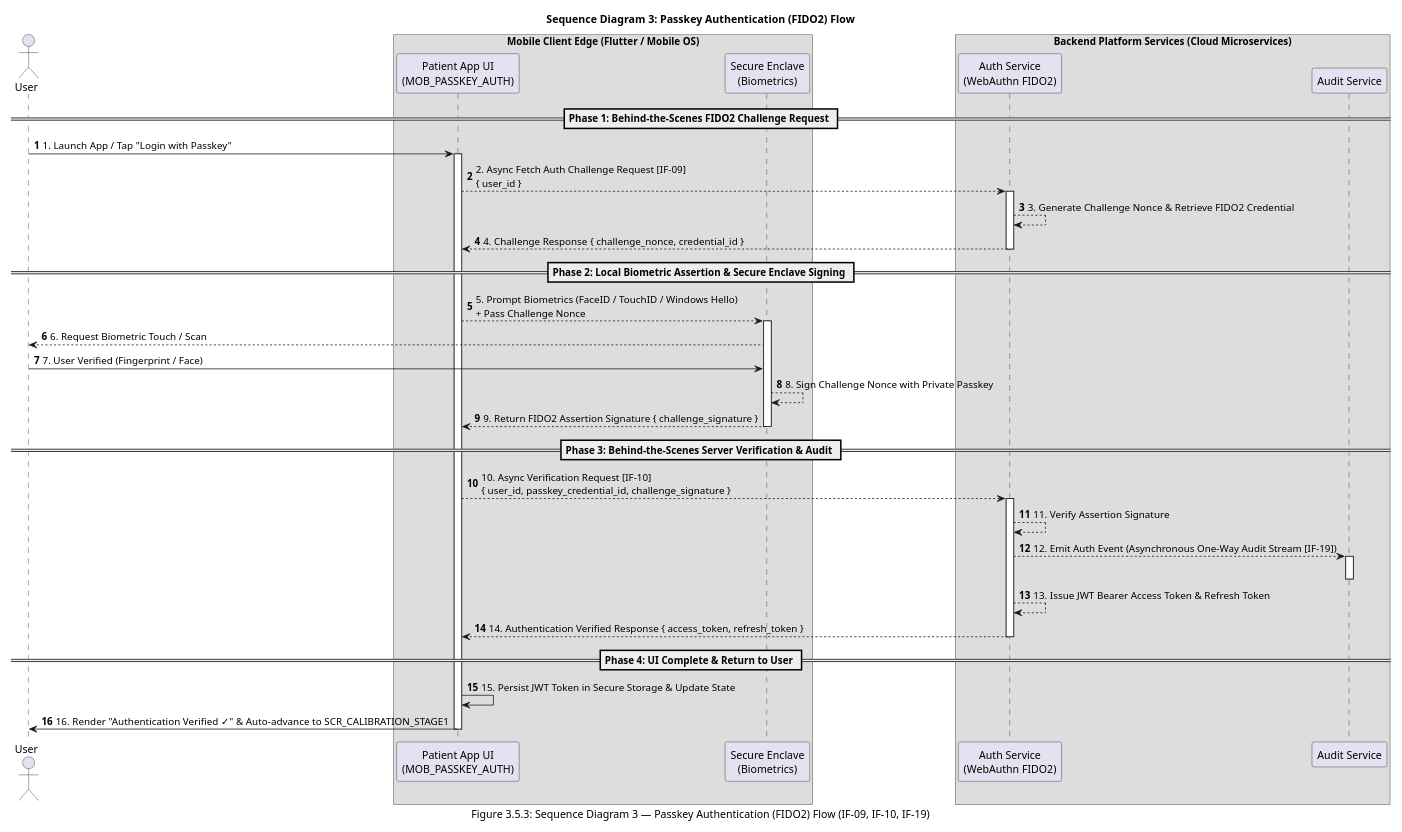
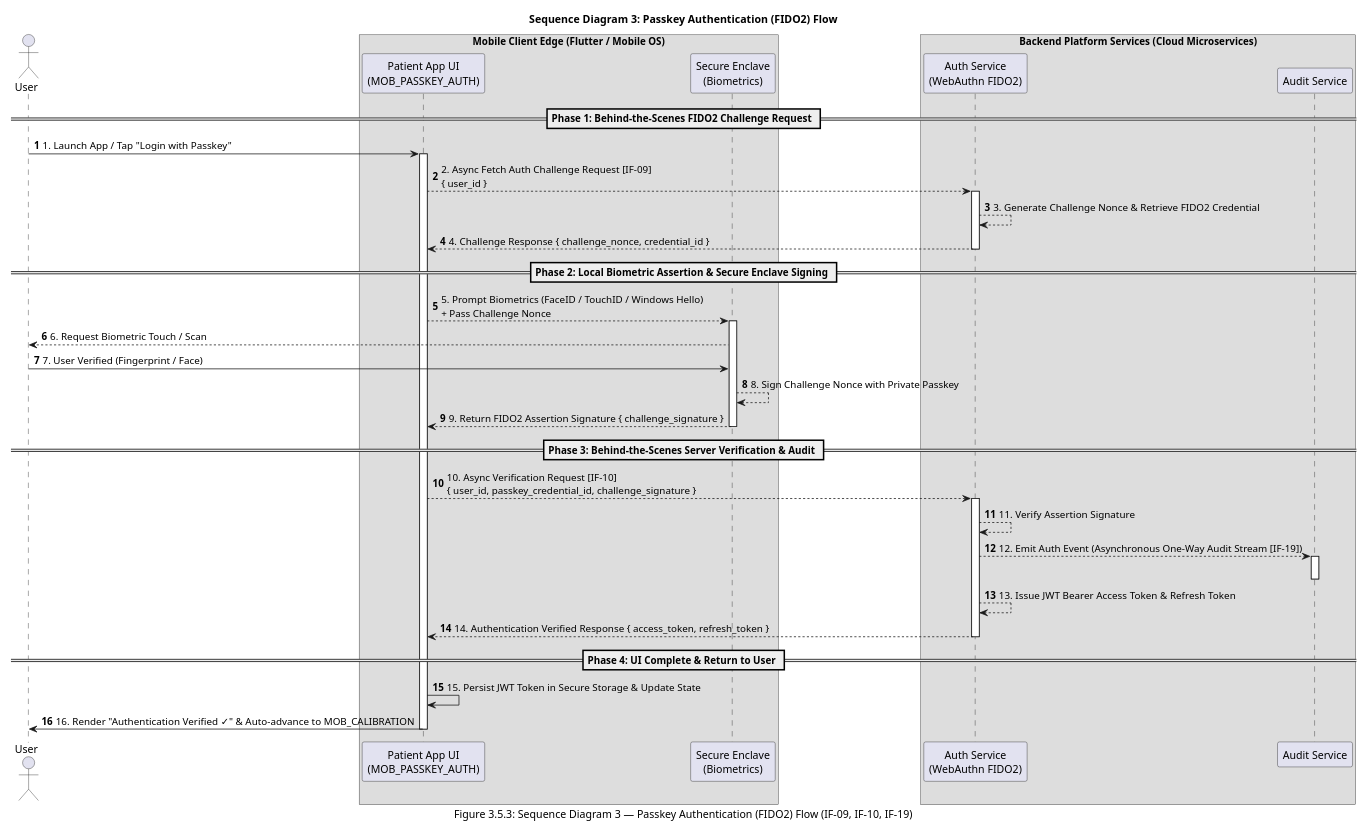
Before and after one commit to reidlai/masker-app: the ninth of 14 diagrams in _bmad-output/architecture/ARCHITECTURE-SPINE.md, drawn with PlantUML. The commit also changed other lines of this file and 50 other files, not shown here.

````diff
--- a/_bmad-output/architecture/ARCHITECTURE-SPINE.md
+++ b/_bmad-output/architecture/ARCHITECTURE-SPINE.md
@@ -1040,54 +1069,54 @@
 ```plantuml
 @startuml Passkey_Authentication_Sequence_Diagram
 title Sequence Diagram 3: Passkey Authentication (FIDO2) Flow
 caption Figure 3.5.3: Sequence Diagram 3 — Passkey Authentication (FIDO2) Flow (IF-09, IF-10, IF-19)
 autonumber
 scale 0.7
 
 actor "User" as User
 box "Mobile Client Edge (Flutter / Mobile OS)" 
 participant "Patient App UI\n(MOB_PASSKEY_AUTH)" as UI 
 participant "Secure Enclave\n(Biometrics)" as Enclave
 end box
 
 box "Backend Platform Services (Cloud Microservices)" 
 participant "Auth Service\n(WebAuthn FIDO2)" as AuthSvc
 participant "Audit Service" as AuditSvc
 end box
 
 == Phase 1: Behind-the-Scenes FIDO2 Challenge Request ==
 User -> UI: 1. Launch App / Tap "Login with Passkey"
 activate UI
 UI --> AuthSvc: 2. Async Fetch Auth Challenge Request [IF-09]\n{ user_id }
 activate AuthSvc
 AuthSvc --> AuthSvc: 3. Generate Challenge Nonce & Retrieve FIDO2 Credential
 AuthSvc --> UI: 4. Challenge Response { challenge_nonce, credential_id }
 deactivate AuthSvc
 
 == Phase 2: Local Biometric Assertion & Secure Enclave Signing ==
 UI --> Enclave: 5. Prompt Biometrics (FaceID / TouchID / Windows Hello)\n+ Pass Challenge Nonce
 activate Enclave
 Enclave --> User: 6. Request Biometric Touch / Scan
 User -> Enclave: 7. User Verified (Fingerprint / Face)
 Enclave --> Enclave: 8. Sign Challenge Nonce with Private Passkey
 Enclave --> UI: 9. Return FIDO2 Assertion Signature { challenge_signature }
 deactivate Enclave
 
 == Phase 3: Behind-the-Scenes Server Verification & Audit ==
 UI --> AuthSvc: 10. Async Verification Request [IF-10]\n{ user_id, passkey_credential_id, challenge_signature }
 activate AuthSvc
 AuthSvc --> AuthSvc: 11. Verify Assertion Signature
 AuthSvc --> AuditSvc: 12. Emit Auth Event (Asynchronous One-Way Audit Stream [IF-19])
 activate AuditSvc
 deactivate AuditSvc
 AuthSvc --> AuthSvc: 13. Issue JWT Bearer Access Token & Refresh Token
 AuthSvc --> UI: 14. Authentication Verified Response { access_token, refresh_token }
 deactivate AuthSvc
 
 == Phase 4: UI Complete & Return to User ==
 UI -> UI: 15. Persist JWT Token in Secure Storage & Update State
-UI -> User: 16. Render "Authentication Verified ✓" & Auto-advance to SCR_CALIBRATION_STAGE1
+UI -> User: 16. Render "Authentication Verified ✓" & Auto-advance to MOB_CALIBRATION
 deactivate UI
 
 @enduml
 ```
````
